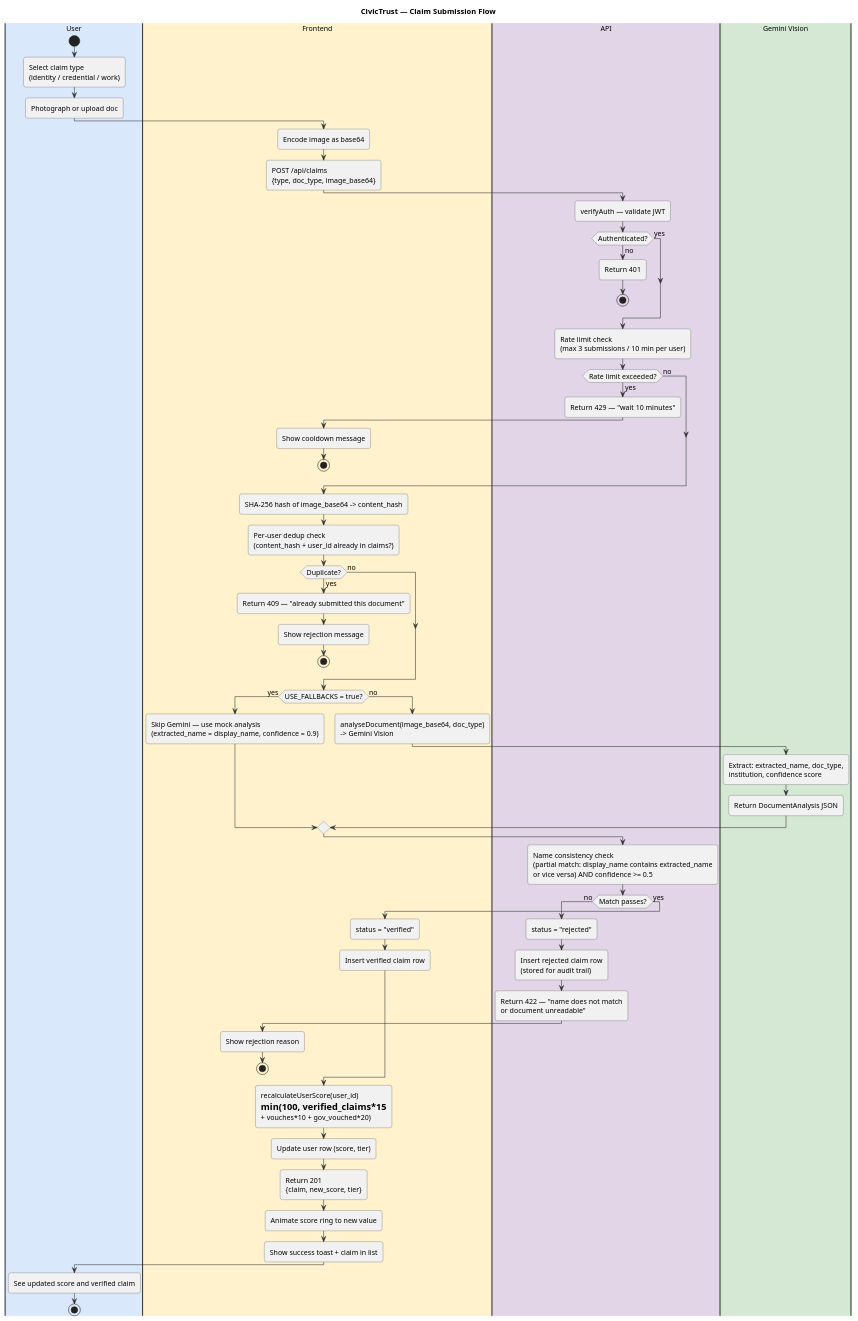
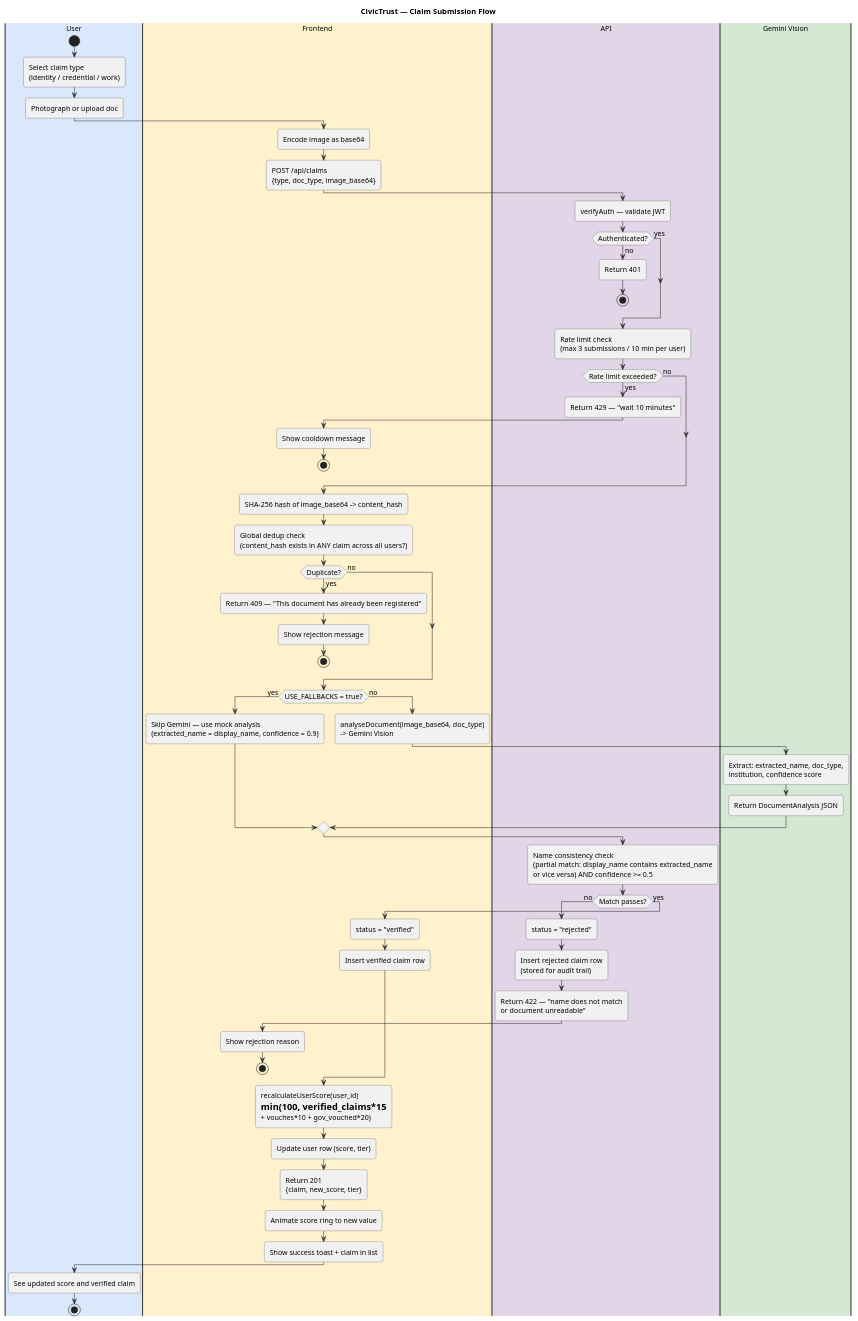
The diagram in docs/claim-submit.puml (RayyanAbzal/google-hackathon-2026), drawn with PlantUML before and after one commit. The commit also changed 1 other file, not shown here.

Commit message:
docs: update claim-submit map — dedup is now global not per-user
Same document cannot be registered across any account.

```diff
--- a/docs/claim-submit.puml
+++ b/docs/claim-submit.puml
@@ -1,83 +1,83 @@
 @startuml
 skinparam backgroundColor #ffffff
 skinparam defaultFontSize 13
 skinparam roundcorner 8
 skinparam activityBorderColor #444444
 skinparam activityArrowColor #333333
 
 title CivicTrust — Claim Submission Flow
 
 |#dae8fc|User|
 start
 :Select claim type\n(identity / credential / work);
 :Photograph or upload doc;
 
 |#fff2cc|Frontend|
 :Encode image as base64;
 :POST /api/claims\n{type, doc_type, image_base64};
 
 |#e1d5e7|API|
 :verifyAuth — validate JWT;
 if (Authenticated?) then (no)
   :Return 401;
   stop
 else (yes)
 endif
 
 :Rate limit check\n(max 3 submissions / 10 min per user);
 if (Rate limit exceeded?) then (yes)
   :Return 429 — "wait 10 minutes";
   |#fff2cc|Frontend|
   :Show cooldown message;
   stop
 else (no)
 endif
 
 :SHA-256 hash of image_base64 -> content_hash;
-:Per-user dedup check\n(content_hash + user_id already in claims?);
+:Global dedup check\n(content_hash exists in ANY claim across all users?);
 if (Duplicate?) then (yes)
-  :Return 409 — "already submitted this document";
+  :Return 409 — "This document has already been registered";
   |#fff2cc|Frontend|
   :Show rejection message;
   stop
 else (no)
 endif
 
 if (USE_FALLBACKS = true?) then (yes)
   :Skip Gemini — use mock analysis\n(extracted_name = display_name, confidence = 0.9);
 else (no)
   :analyseDocument(image_base64, doc_type)\n-> Gemini Vision;
 
   |#d5e8d4|Gemini Vision|
   :Extract: extracted_name, doc_type,\ninstitution, confidence score;
   :Return DocumentAnalysis JSON;
 
   |#e1d5e7|API|
 endif
 
 :Name consistency check\n(partial match: display_name contains extracted_name\nor vice versa) AND confidence >= 0.5;
 if (Match passes?) then (no)
   :status = "rejected";
   :Insert rejected claim row\n(stored for audit trail);
   :Return 422 — "name does not match\nor document unreadable";
   |#fff2cc|Frontend|
   :Show rejection reason;
   stop
 else (yes)
   :status = "verified";
   :Insert verified claim row;
 endif
 
 :recalculateUserScore(user_id)\n= min(100, verified_claims*15\n+ vouches*10 + gov_vouched*20);
 :Update user row (score, tier);
 :Return 201\n{claim, new_score, tier};
 
 |#fff2cc|Frontend|
 :Animate score ring to new value;
 :Show success toast + claim in list;
 
 |#dae8fc|User|
 :See updated score and verified claim;
 
 stop
 @enduml
```
